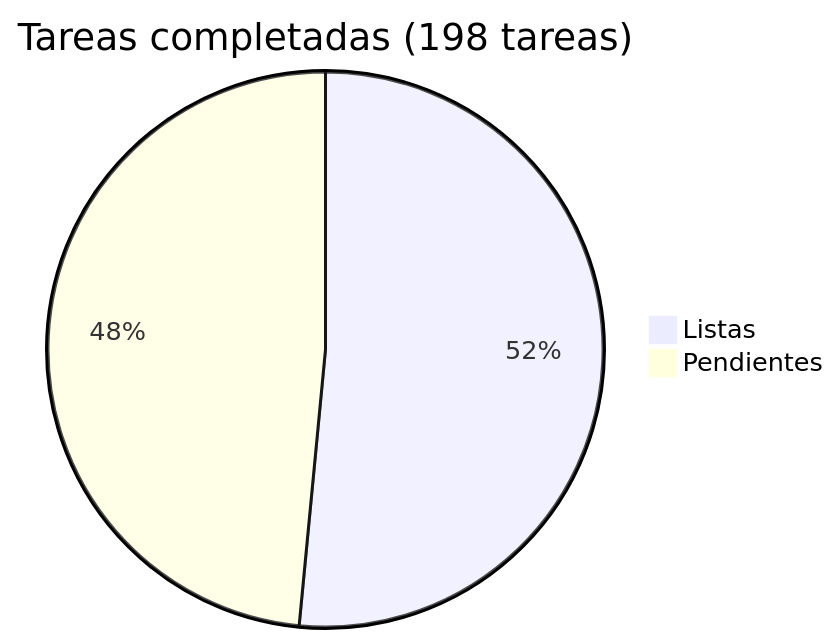
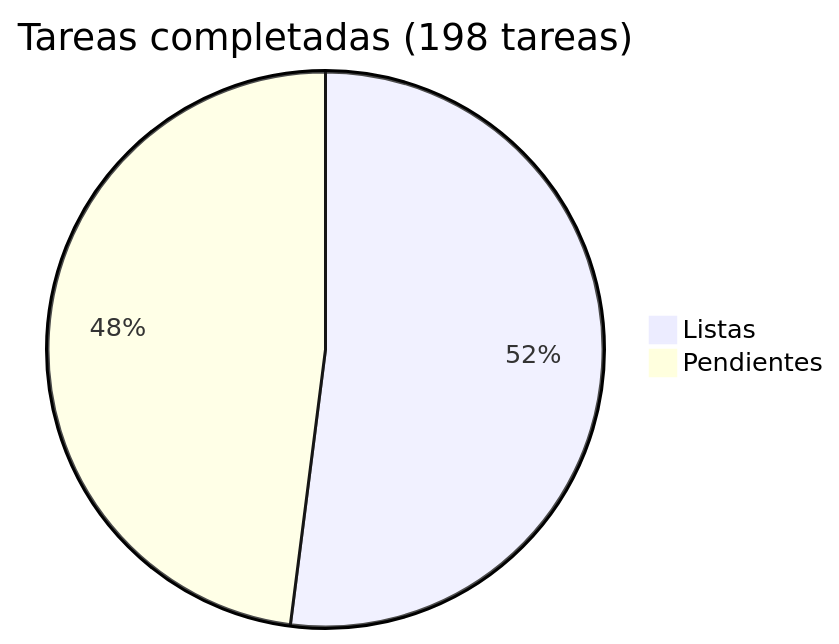
The diagram in docs/roadmap/README.md (araguaney-lat/araguaney), drawn with Mermaid before and after one commit. The commit also changed other lines of this file and 4 other files, not shown here.

````diff
--- a/docs/roadmap/README.md
+++ b/docs/roadmap/README.md
@@ -5,5 +5,5 @@
 ```mermaid
 pie title Tareas completadas (198 tareas)
-    "Listas" : 102
-    "Pendientes" : 96
+    "Listas" : 103
+    "Pendientes" : 95
 ```
````
